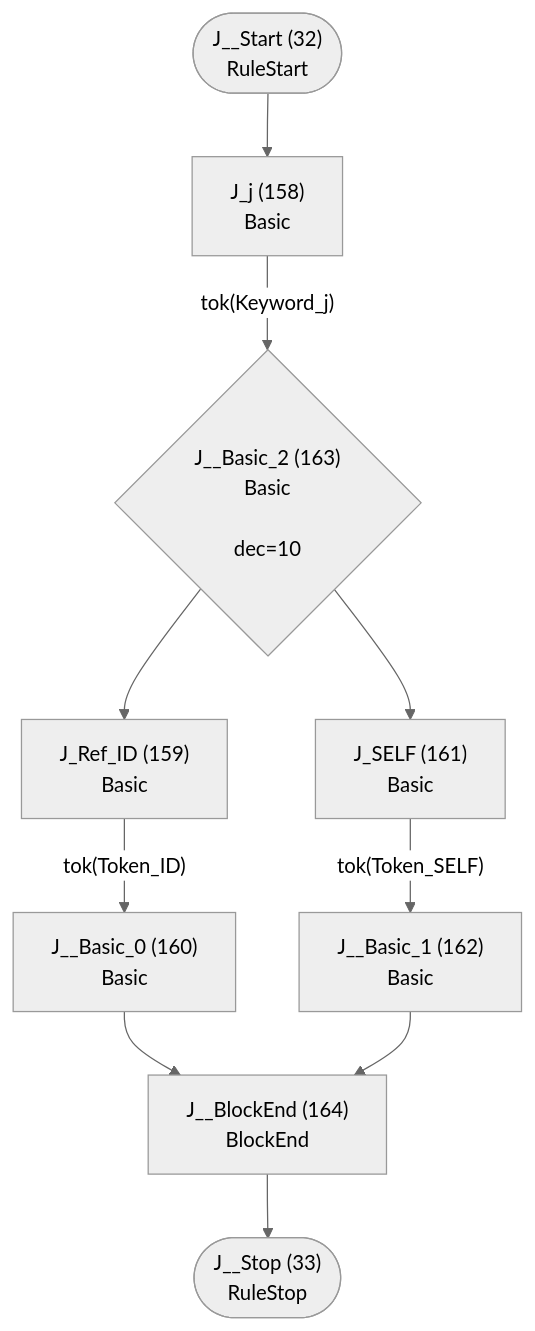
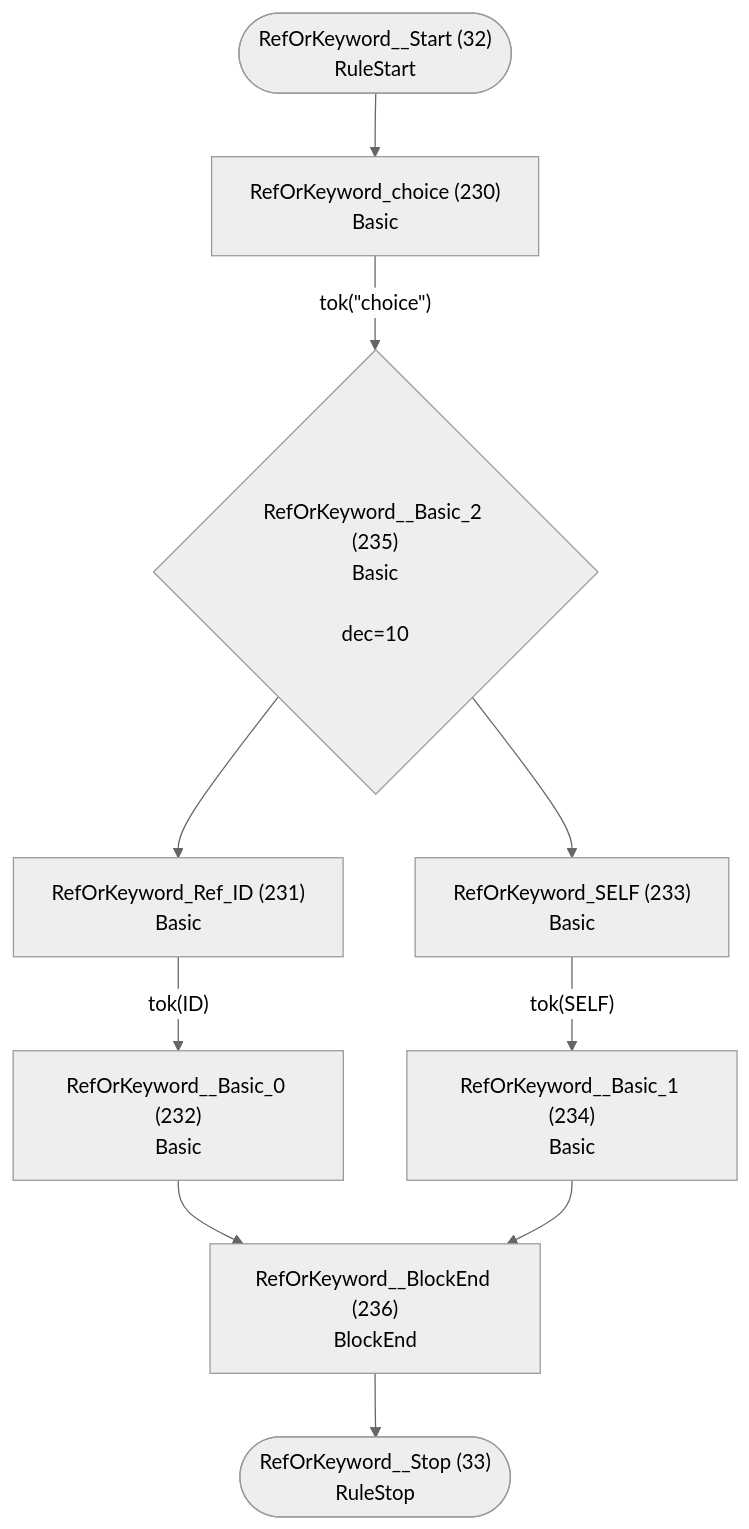
One commit to TypeFox/fastbelt changed diagram 17 of 46 in internal/languages/completion/atn.md. Above: the diagram before and after it, drawn with Mermaid (neutral theme). The commit also changed other lines of this file and 58 other files, not shown here.

````diff
--- a/internal/languages/completion/atn.md
+++ b/internal/languages/completion/atn.md
@@ -413,22 +478,22 @@
 ```mermaid
 flowchart TD
-    q32(["J__Start (32)<br/>RuleStart"])
-    q33(["J__Stop (33)<br/>RuleStop"])
-    q158["J_j (158)<br/>Basic<br/>"]
-    q159["J_Ref_ID (159)<br/>Basic<br/>"]
-    q160["J__Basic_0 (160)<br/>Basic<br/>"]
-    q161["J_SELF (161)<br/>Basic<br/>"]
-    q162["J__Basic_1 (162)<br/>Basic<br/>"]
-    q163{"J__Basic_2 (163)<br/>Basic<br/><br/>dec=10"}
-    q164["J__BlockEnd (164)<br/>BlockEnd<br/>"]
+    q32(["RefOrKeyword__Start (32)<br/>RuleStart"])
+    q33(["RefOrKeyword__Stop (33)<br/>RuleStop"])
+    q230["RefOrKeyword_choice (230)<br/>Basic<br/>"]
+    q231["RefOrKeyword_Ref_ID (231)<br/>Basic<br/>"]
+    q232["RefOrKeyword__Basic_0 (232)<br/>Basic<br/>"]
+    q233["RefOrKeyword_SELF (233)<br/>Basic<br/>"]
+    q234["RefOrKeyword__Basic_1 (234)<br/>Basic<br/>"]
+    q235{"RefOrKeyword__Basic_2 (235)<br/>Basic<br/><br/>dec=10"}
+    q236["RefOrKeyword__BlockEnd (236)<br/>BlockEnd<br/>"]
 
-    q32 --> q158
-    q158 -->|"tok(Keyword_j)"| q163
-    q159 -->|"tok(Token_ID)"| q160
-    q160 --> q164
-    q161 -->|"tok(Token_SELF)"| q162
-    q162 --> q164
-    q163 --> q159
-    q163 --> q161
-    q164 --> q33
+    q32 --> q230
+    q230 -->|"tok(&quot;choice&quot;)"| q235
+    q231 -->|"tok(ID)"| q232
+    q232 --> q236
+    q233 -->|"tok(SELF)"| q234
+    q234 --> q236
+    q235 --> q231
+    q235 --> q233
+    q236 --> q33
 ```
````
